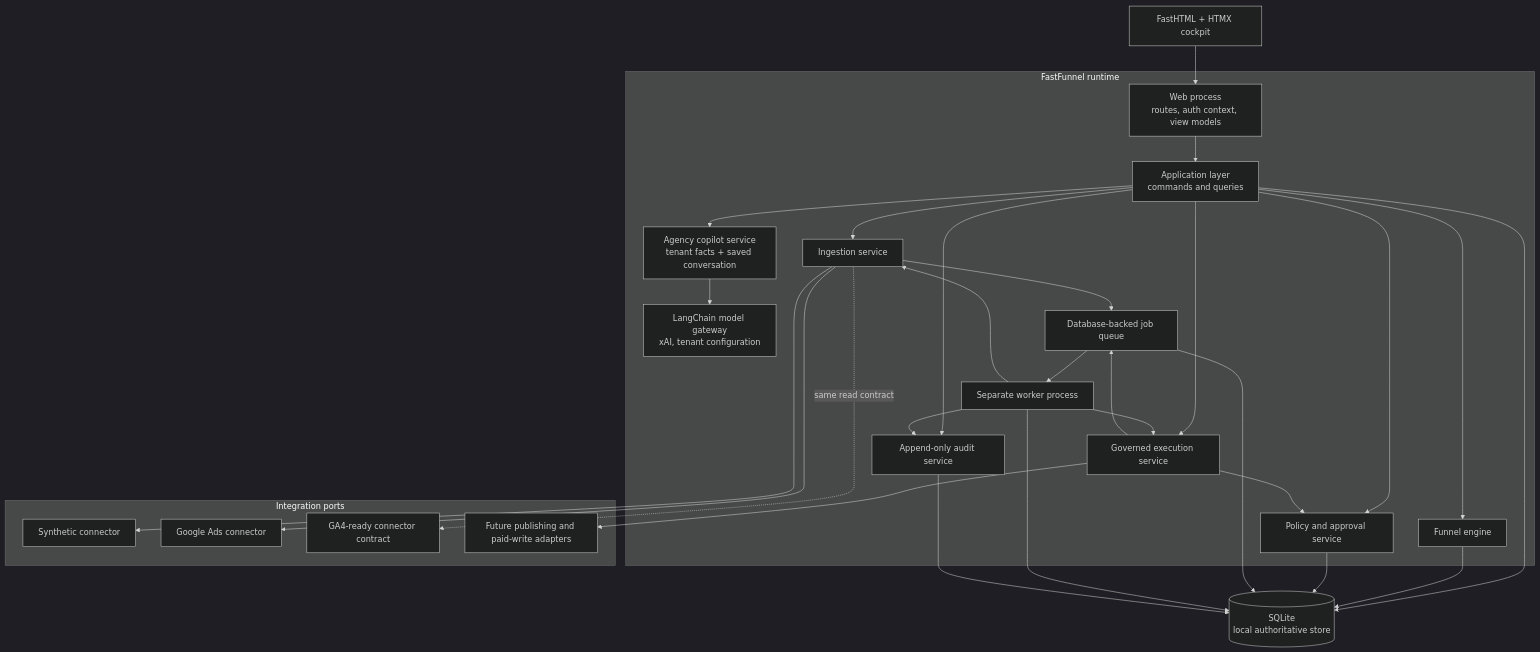
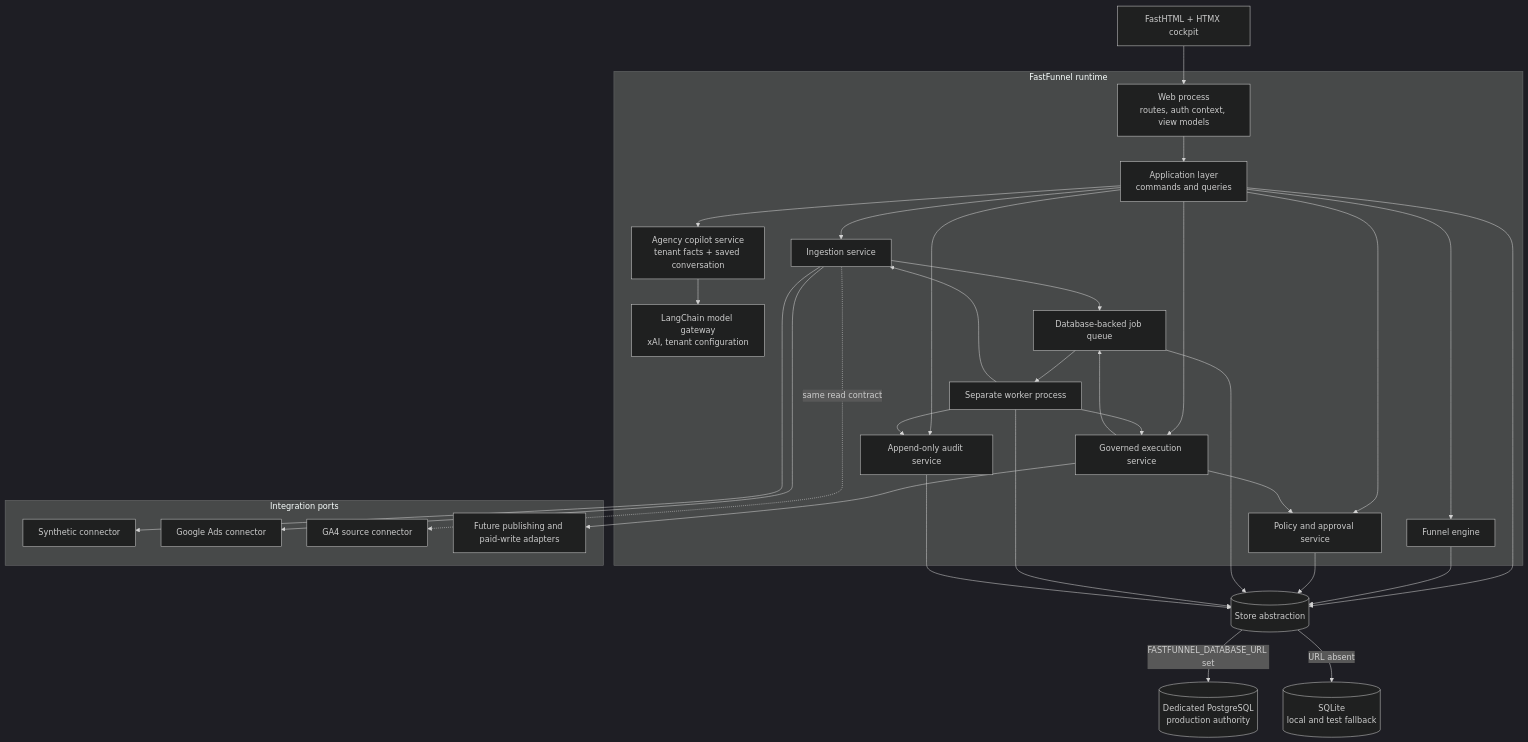
Before and after one commit to predictivelabsai/fastfunnel: the first of 10 diagrams in docs/architecture_readme.md, drawn with Mermaid (dark theme). The commit also changed other lines of this file and 20 other files, not shown here.

````diff
--- a/docs/architecture_readme.md
+++ b/docs/architecture_readme.md
@@ -53,54 +66,58 @@
 ```mermaid
 flowchart TB
     Browser["FastHTML + HTMX cockpit"]
 
     subgraph Runtime["FastFunnel runtime"]
         Web["Web process<br/>routes, auth context, view models"]
         App["Application layer<br/>commands and queries"]
         Policy["Policy and approval service"]
         Funnel["Funnel engine"]
         Ingestion["Ingestion service"]
         Execution["Governed execution service"]
         Agency["Agency copilot service<br/>tenant facts + saved conversation"]
         Model["LangChain model gateway<br/>xAI, tenant configuration"]
         Queue["Database-backed job queue"]
         Worker["Separate worker process"]
         Audit["Append-only audit service"]
     end
 
     subgraph Ports["Integration ports"]
         Synthetic["Synthetic connector"]
         GoogleAds["Google Ads connector"]
-        GA4["GA4-ready connector contract"]
+        GA4["GA4 source connector"]
         Publishers["Future publishing and paid-write adapters"]
     end
 
-    DB[("SQLite<br/>local authoritative store")]
+    DB[("Store abstraction")]
+    PG[("Dedicated PostgreSQL<br/>production authority")]
+    SQLite[("SQLite<br/>local and test fallback")]
 
     Browser --> Web
     Web --> App
     App --> Funnel
     App --> Ingestion
     App --> Policy
     App --> Execution
     App --> Agency
     Agency --> Model
     Ingestion --> Queue
     Execution --> Policy
     Execution --> Queue
     Queue --> Worker
     Worker --> Ingestion
     Worker --> Execution
     Ingestion --> Synthetic
     Ingestion --> GoogleAds
     Ingestion -. same read contract .-> GA4
     Execution --> Publishers
     App --> DB
     Funnel --> DB
     Policy --> DB
     Queue --> DB
     Worker --> DB
     Audit --> DB
     App --> Audit
     Worker --> Audit
+    DB -->|FASTFUNNEL_DATABASE_URL set| PG
+    DB -->|URL absent| SQLite
 ```
````
